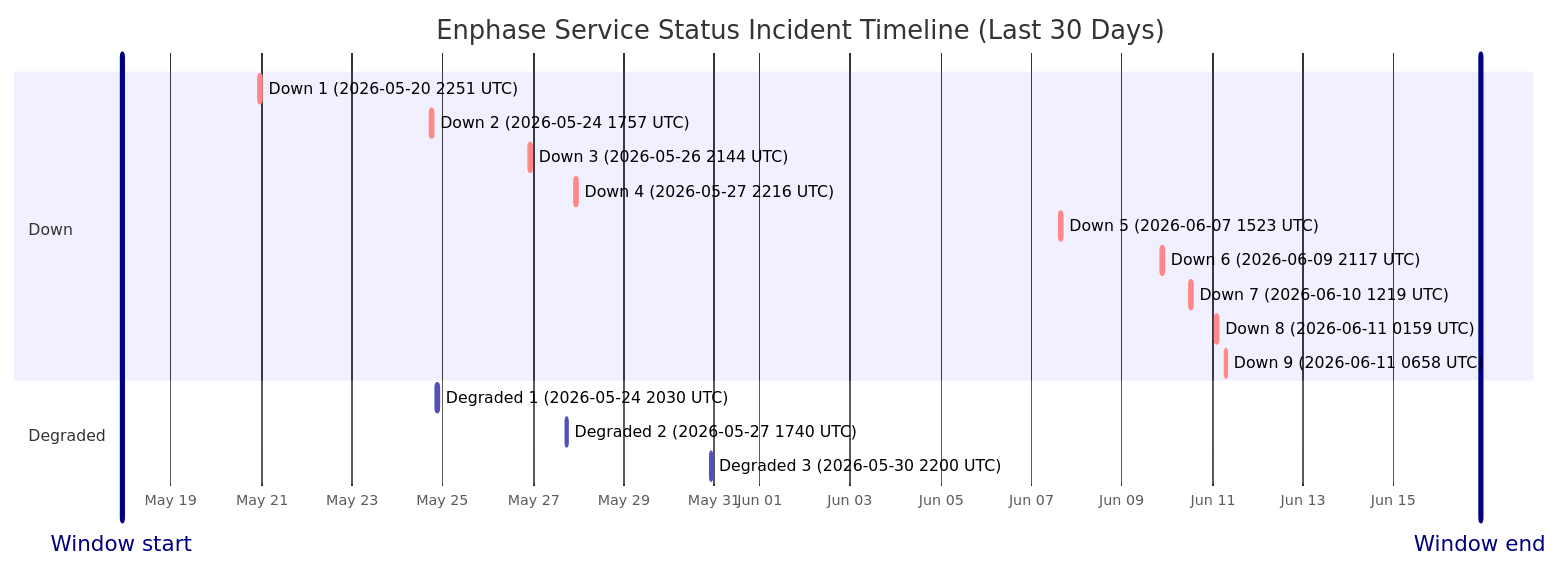
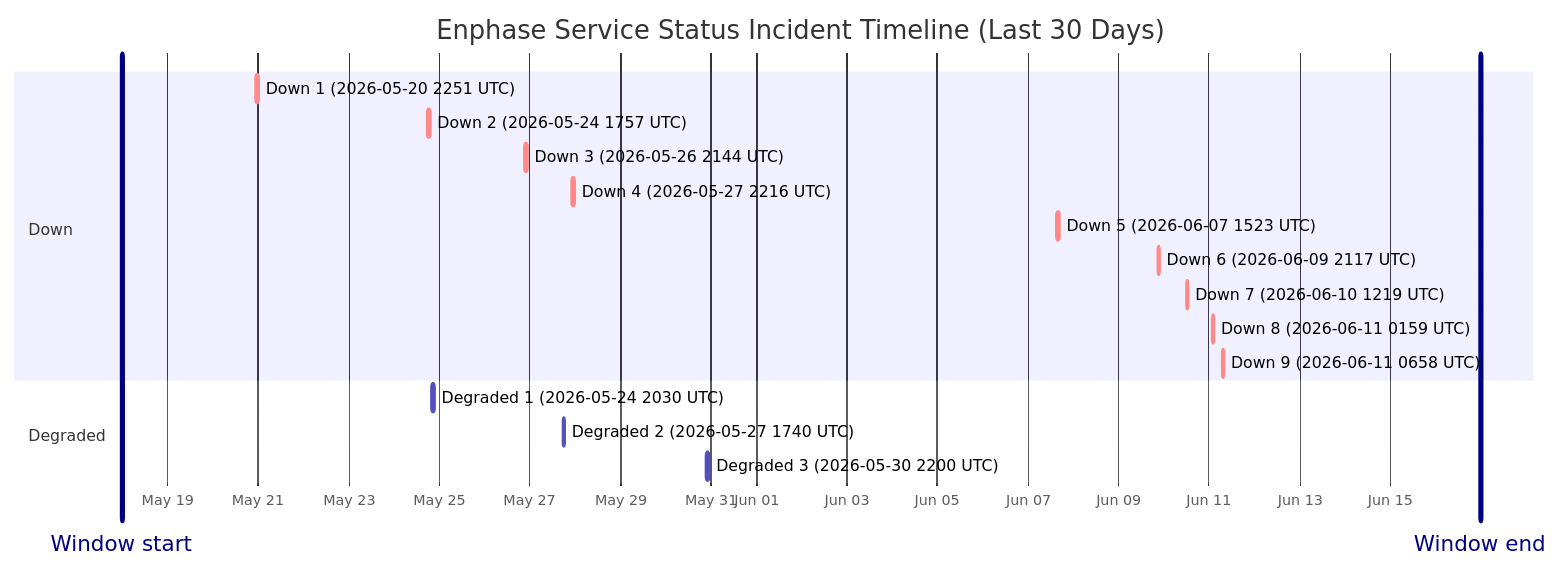
The diagram in wiki/Service-Status-History.md (barneyonline/ha-enphase-energy), drawn with Mermaid before and after one commit. The commit also changed other lines of this file and 3 other files, not shown here.

````diff
--- a/wiki/Service-Status-History.md
+++ b/wiki/Service-Status-History.md
@@ -14,22 +14,22 @@
 ```mermaid
 gantt
     title Enphase Service Status Incident Timeline (Last 30 Days)
     dateFormat  YYYY-MM-DDTHH:mm:ss
     axisFormat  %b %d
-    Window start :vert, window-start, 2026-05-17T21:59:50, 0ms
-    Window end :vert, window-end, 2026-06-16T21:59:50, 0ms
+    Window start :vert, window-start, 2026-05-17T23:42:09, 0ms
+    Window end :vert, window-end, 2026-06-16T23:42:09, 0ms
     section Down
     Down 1 (2026-05-20 2251 UTC) :crit, down-1, 2026-05-20T22:51:14, 75m
     Down 2 (2026-05-24 1757 UTC) :crit, down-2, 2026-05-24T17:57:41, 86m
     Down 3 (2026-05-26 2144 UTC) :crit, down-3, 2026-05-26T21:44:11, 85m
     Down 4 (2026-05-27 2216 UTC) :crit, down-4, 2026-05-27T22:16:53, 87m
     Down 5 (2026-06-07 1523 UTC) :crit, down-5, 2026-06-07T15:23:22, 87m
     Down 6 (2026-06-09 2117 UTC) :crit, down-6, 2026-06-09T21:17:17, 60m
     Down 7 (2026-06-10 1219 UTC) :crit, down-7, 2026-06-10T12:19:21, 60m
     Down 8 (2026-06-11 0159 UTC) :crit, down-8, 2026-06-11T01:59:36, 60m
     Down 9 (2026-06-11 0658 UTC) :crit, down-9, 2026-06-11T06:58:45, 60m
     section Degraded
     Degraded 1 (2026-05-24 2030 UTC) :active, degraded-1, 2026-05-24T20:30:57, 84m
     Degraded 2 (2026-05-27 1740 UTC) :active, degraded-2, 2026-05-27T17:40:52, 60m
     Degraded 3 (2026-05-30 2200 UTC) :active, degraded-3, 2026-05-30T22:00:37, 60m
 ```
````
